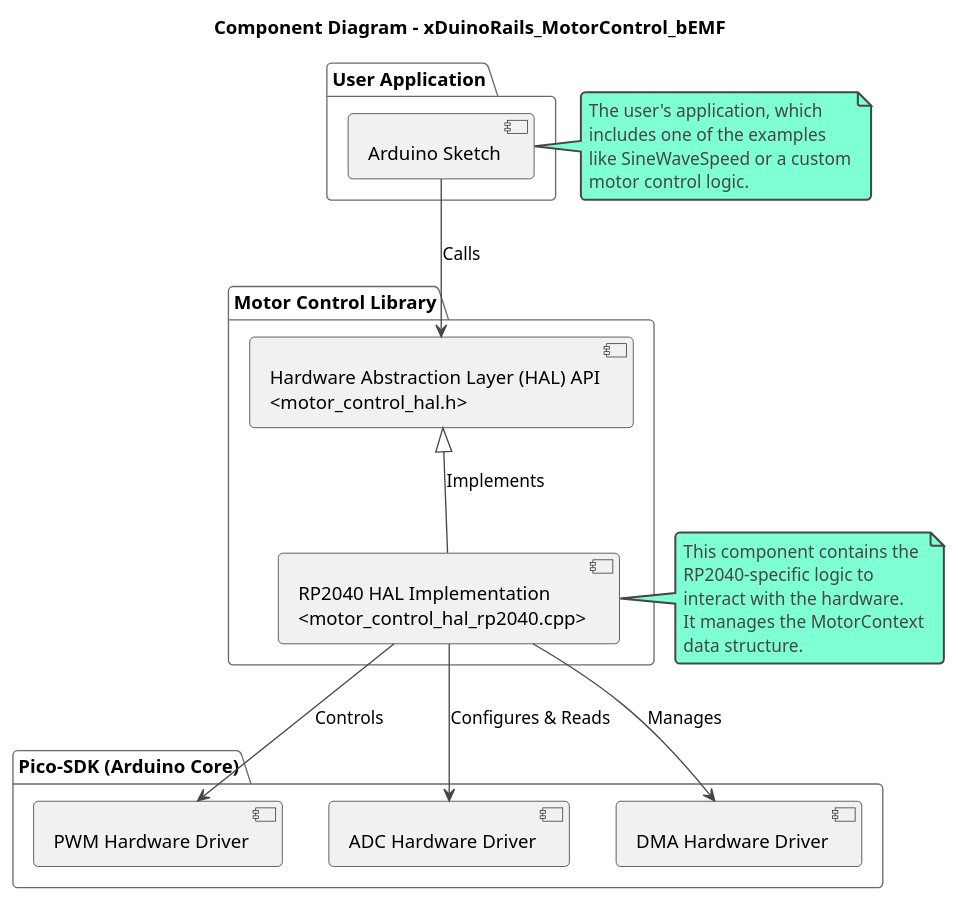
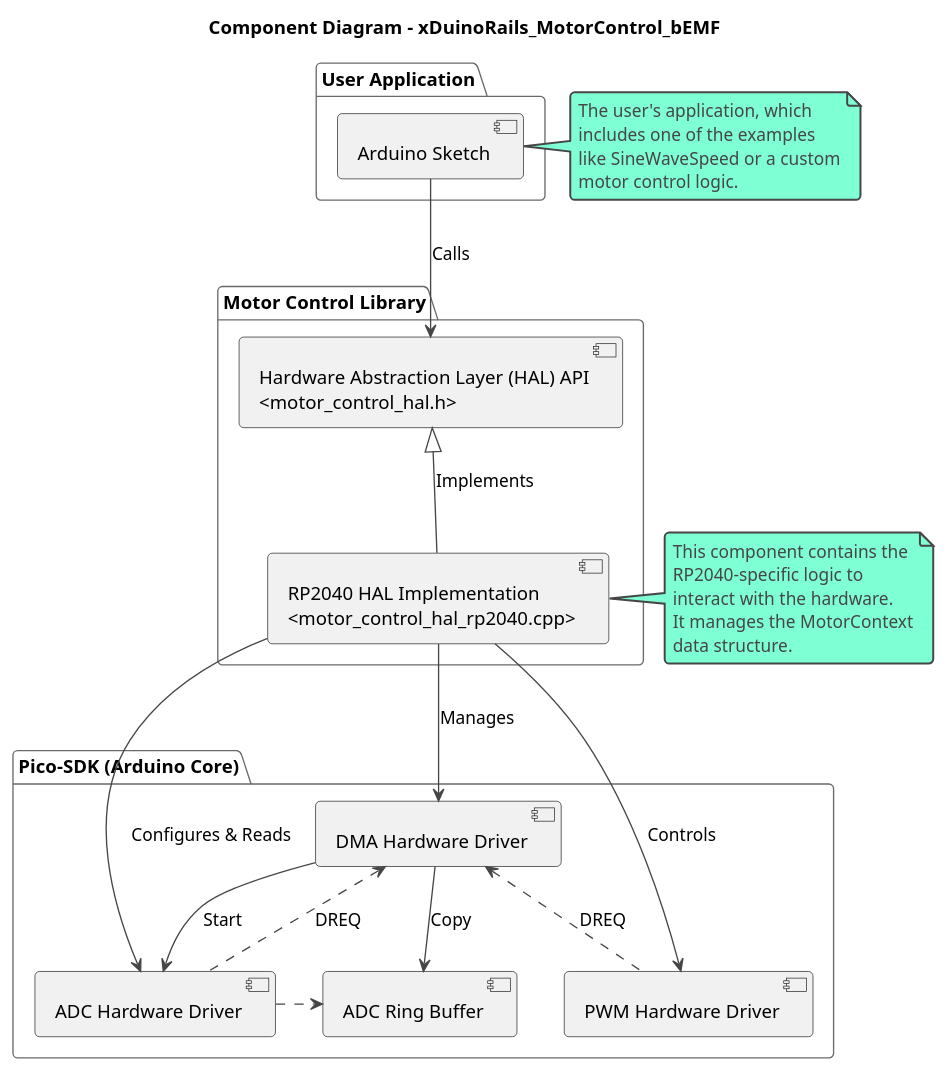
The diagram in arch/component_diagram.puml (chatelao/xDuinoRails_MotorControl_bEMF), drawn with PlantUML before and after one commit.

Commit message:
Add ADC Ring Buffer and update component interactions

```diff
--- a/arch/component_diagram.puml
+++ b/arch/component_diagram.puml
@@ -1,43 +1,51 @@
 @startuml component_diagram
 
 !theme vibrant
 
 title Component Diagram - xDuinoRails_MotorControl_bEMF
 
 package "User Application" {
   [Arduino Sketch] as Sketch
 }
 
 package "Motor Control Library" {
   [Hardware Abstraction Layer (HAL) API\n<motor_control_hal.h>] as HAL_API
   [RP2040 HAL Implementation\n<motor_control_hal_rp2040.cpp>] as RP2040_IMPL
 }
 
 package "Pico-SDK (Arduino Core)" {
     [PWM Hardware Driver] as PWM
     [ADC Hardware Driver] as ADC
+    [ADC Ring Buffer] as ADC_BUFF
     [DMA Hardware Driver] as DMA
 }
 
 Sketch -down-> HAL_API : Calls
 HAL_API <|-- RP2040_IMPL : Implements
 RP2040_IMPL -down-> PWM : Controls
 RP2040_IMPL -down-> ADC : Configures & Reads
 RP2040_IMPL -down-> DMA : Manages
+
+DMA <.. PWM : DREQ
+DMA --> ADC : Start
+DMA <.. ADC : DREQ
+DMA --> ADC_BUFF : Copy
+ADC .> ADC_BUFF
+
 
 note right of Sketch
   The user's application, which
   includes one of the examples
   like SineWaveSpeed or a custom
   motor control logic.
 end note
 
 note left of RP2040_IMPL
   This component contains the
   RP2040-specific logic to
   interact with the hardware.
   It manages the MotorContext
   data structure.
 end note
 
 @enduml
```
